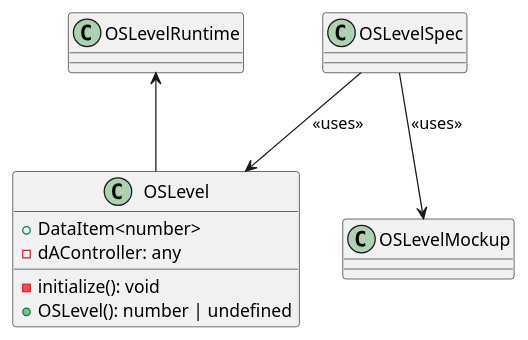
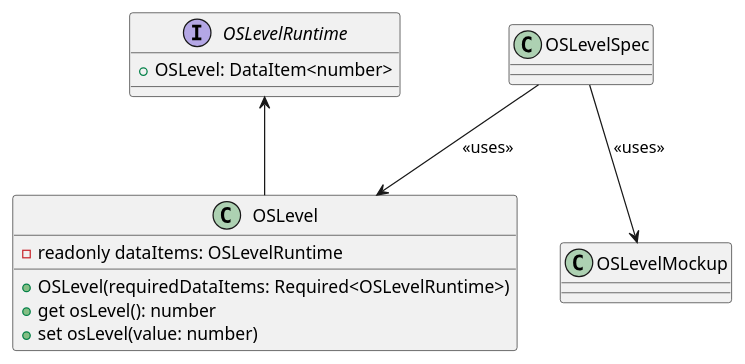
The diagram in src/modularPlantManager/pea/dataAssembly/baseFunction/osLevel/OSLevel.puml (p2o-lab/polaris-backend), drawn with PlantUML before and after one commit. The commit also changed 12 other files, not shown here.

```diff
--- a/src/modularPlantManager/pea/dataAssembly/baseFunction/osLevel/OSLevel.puml
+++ b/src/modularPlantManager/pea/dataAssembly/baseFunction/osLevel/OSLevel.puml
@@ -26,17 +26,18 @@
 @startuml
 'https://plantuml.com/class-diagram
 
-interface OSLevel{
-    + DataItem<number>
+interface OSLevelRuntime{
+    + OSLevel: DataItem<number>
 }
 
 class OSLevel{
-    - dAController: any
-    - initialize(): void
-    + OSLevel(): number | undefined
+    - readonly dataItems: OSLevelRuntime
+    + OSLevel(requiredDataItems: Required<OSLevelRuntime>)
+    + get osLevel(): number
+    + set osLevel(value: number)
 }
 
 OSLevelRuntime <-- OSLevel
 OSLevelSpec --> OSLevel : <<uses>>
 OSLevelSpec --> OSLevelMockup : <<uses>>
 @enduml
```
